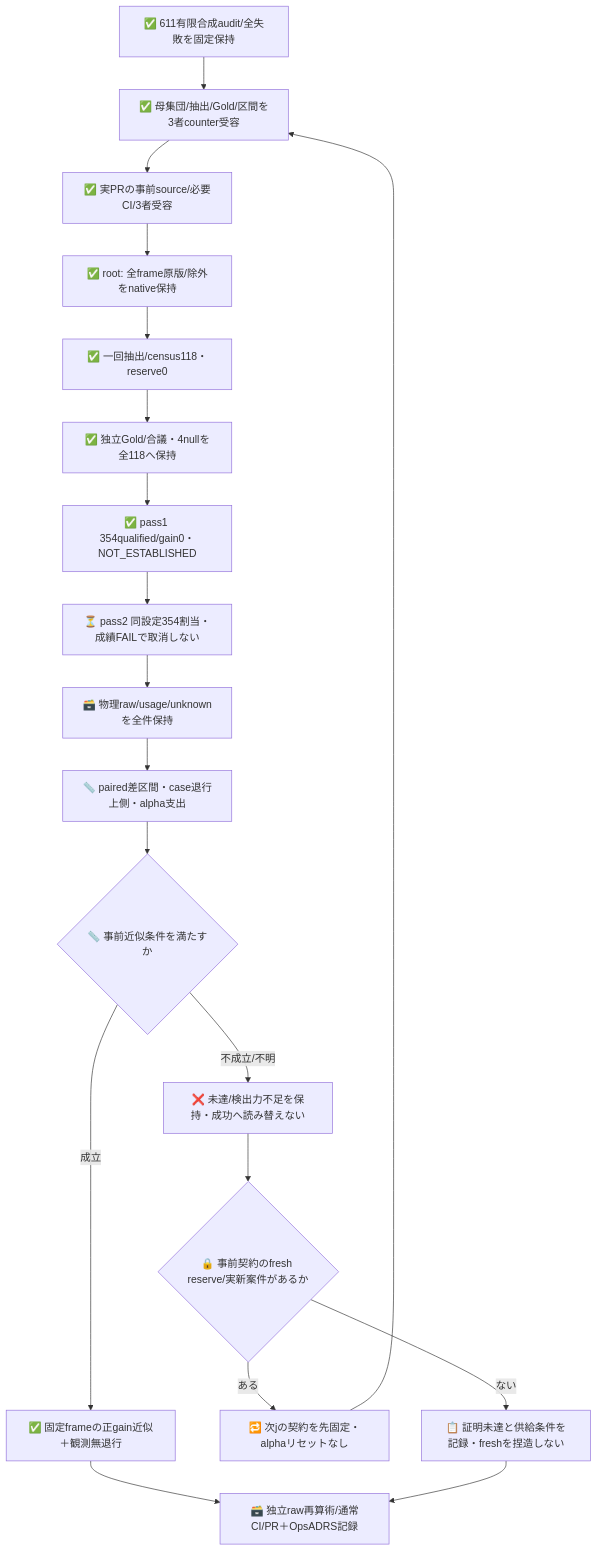
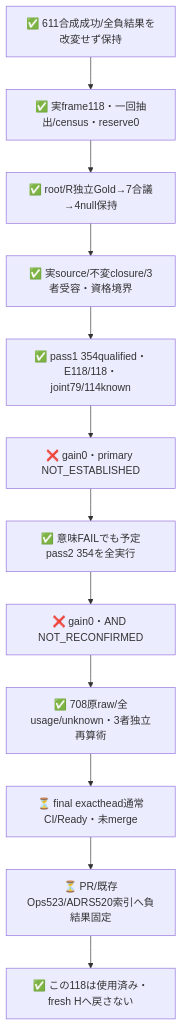
One commit to roccho-org/ops changed the second of 3 diagrams in experiments/sys1-eval-loop/real-cases/README.md. Above: the diagram before and after it, drawn with Mermaid. The commit also changed other lines of this file and 10 other files, not shown here.

````diff
--- a/experiments/sys1-eval-loop/real-cases/README.md
+++ b/experiments/sys1-eval-loop/real-cases/README.md
@@ -73,21 +76,14 @@
 ```mermaid
 flowchart TB
-  OLD["✅ 611有限合成audit/全失敗を固定保持"] --> DESIGN["✅ 母集団/抽出/Gold/区間を3者counter受容"]
-  DESIGN --> PR["✅ 実PRの事前source/必要CI/3者受容"]
-  PR --> FRAME["✅ root: 全frame原版/除外をnative保持"]
-  FRAME --> SAMPLE["✅ 一回抽出/census118・reserve0"]
-  SAMPLE --> GOLD["✅ 独立Gold/合議・4nullを全118へ保持"]
-  GOLD --> P1["✅ pass1 354qualified/gain0・NOT_ESTABLISHED"]
-  P1 --> RUN["⏳ pass2 同設定354割当・成績FAILで取消しない"]
-  RUN --> RAW["🗃️ 物理raw/usage/unknownを全件保持"]
-  RAW --> EST["📏 paired差区間・case退行上側・alpha支出"]
-  EST --> DECIDE{"📏 事前近似条件を満たすか"}
-  DECIDE -->|成立| OK["✅ 固定frameの正gain近似＋観測無退行"]
-  DECIDE -->|不成立/不明| NO["❌ 未達/検出力不足を保持・成功へ読み替えない"]
-  NO --> NEXT{"🔒 事前契約のfresh reserve/実新案件があるか"}
-  NEXT -->|ある| LOOP["🔁 次jの契約を先固定・alphaリセットなし"]
-  LOOP --> DESIGN
-  NEXT -->|ない| WAIT["📋 証明未達と供給条件を記録・freshを捏造しない"]
-  OK --> END["🗃️ 独立raw再算術/通常CI/PR＋OpsADRS記録"]
-  WAIT --> END
+  OLD["✅ 611合成成功/全負結果を改変せず保持"] --> FRAME["✅ 実frame118・一回抽出/census・reserve0"]
+  FRAME --> G["✅ root/R独立Gold→7合議→4null保持"]
+  G --> CHECK["✅ 実source/不変closure/3者受容・資格境界"]
+  CHECK --> P1["✅ pass1 354qualified・E118/118・joint79/114known"]
+  P1 --> N1["❌ gain0・primary NOT_ESTABLISHED"]
+  N1 --> P2["✅ 意味FAILでも予定pass2 354を全実行"]
+  P2 --> N2["❌ gain0・AND NOT_RECONFIRMED"]
+  N2 --> RAW["✅ 708原raw/全usage/unknown・3者独立再算術"]
+  RAW --> CI["⏳ final exacthead通常CI/Ready・未merge"]
+  CI --> RECORD["⏳ PR/既存Ops523/ADRS520索引へ負結果固定"]
+  RECORD --> RETIRE["✅ この118は使用済み・fresh Hへ戻さない"]
 ```
````
